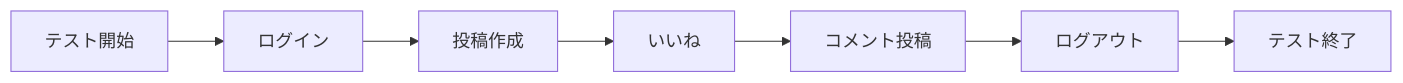
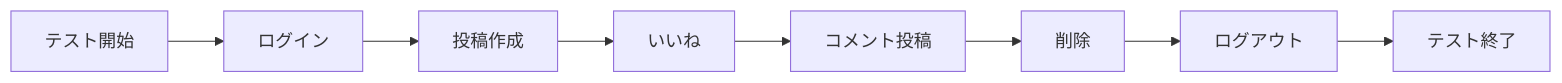
One commit to shuhei0720/keion-circle-site changed diagram 11 of 12 in README.md. Above: the diagram before and after it, drawn with Mermaid. The commit also changed other lines of this file, not shown here.

````diff
--- a/README.md
+++ b/README.md
@@ -805,9 +856,10 @@
 ```mermaid
 graph LR
     A[テスト開始] --> B[ログイン]
     B --> C[投稿作成]
     C --> D[いいね]
     D --> E[コメント投稿]
-    E --> F[ログアウト]
-    F --> G[テスト終了]
+    E --> F[削除]
+    F --> G[ログアウト]
+    G --> H[テスト終了]
 ```
````
